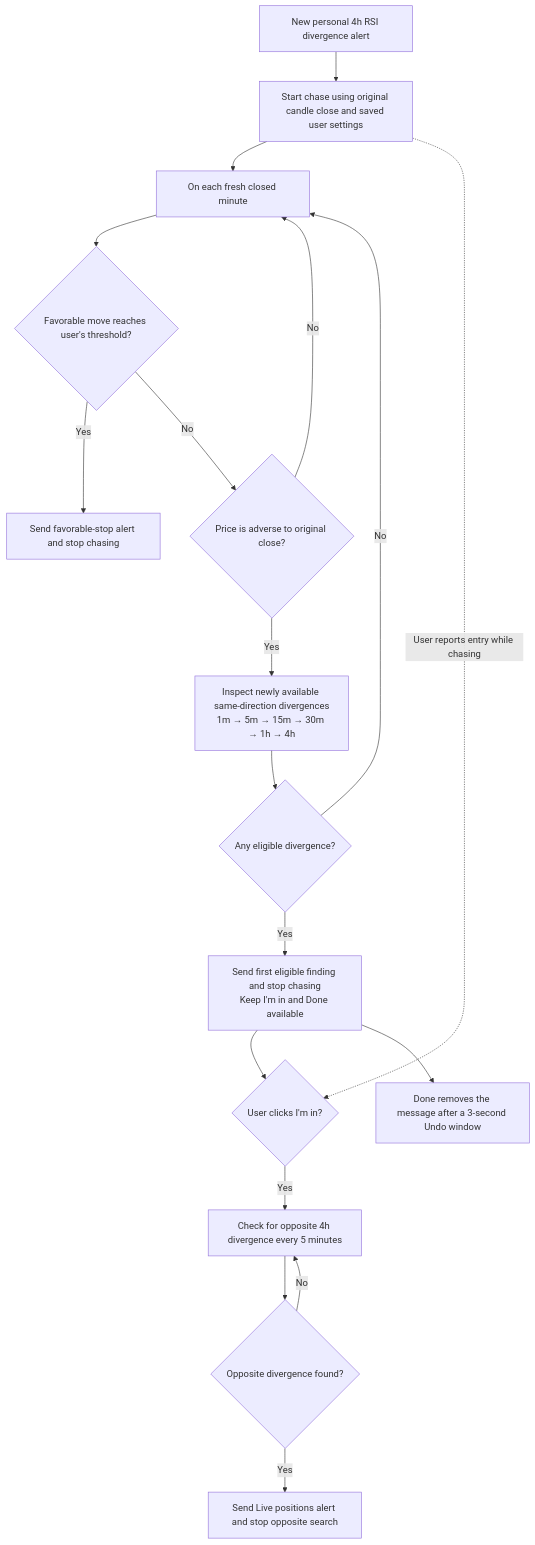
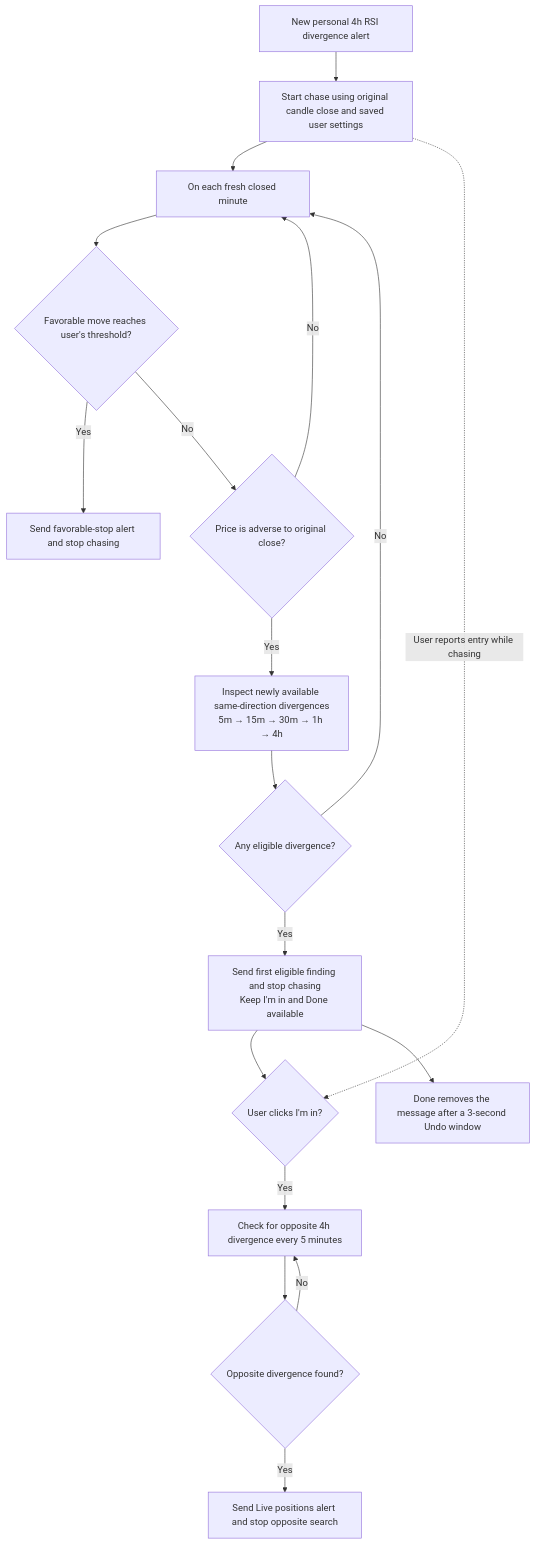
Before and after one commit to idodidodi/trading-bot: the diagram in docs/rsi-chasing-flow.md, drawn with Mermaid. The commit also changed other lines of this file and 13 other files, not shown here.

````diff
--- a/docs/rsi-chasing-flow.md
+++ b/docs/rsi-chasing-flow.md
@@ -3,20 +3,20 @@
 ```mermaid
 flowchart TD
     A[New personal 4h RSI divergence alert] --> B[Start chase using original candle close and saved user settings]
     B --> C[On each fresh closed minute]
     B -. User reports entry while chasing .-> J
     C --> D{Favorable move reaches user's threshold?}
     D -- Yes --> E[Send favorable-stop alert and stop chasing]
     D -- No --> F{Price is adverse to original close?}
     F -- No --> C
-    F -- Yes --> G[Inspect newly available same-direction divergences\n1m → 5m → 15m → 30m → 1h → 4h]
+    F -- Yes --> G[Inspect newly available same-direction divergences\n5m → 15m → 30m → 1h → 4h]
     G --> H{Any eligible divergence?}
     H -- No --> C
     H -- Yes --> I[Send first eligible finding and stop chasing\nKeep I'm in and Done available]
     I --> J{User clicks I'm in?}
     J -- Yes --> K[Check for opposite 4h divergence every 5 minutes]
     K --> L{Opposite divergence found?}
     L -- No --> K
     L -- Yes --> M[Send Live positions alert and stop opposite search]
     I --> N[Done removes the message after a 3-second Undo window]
 ```
````
